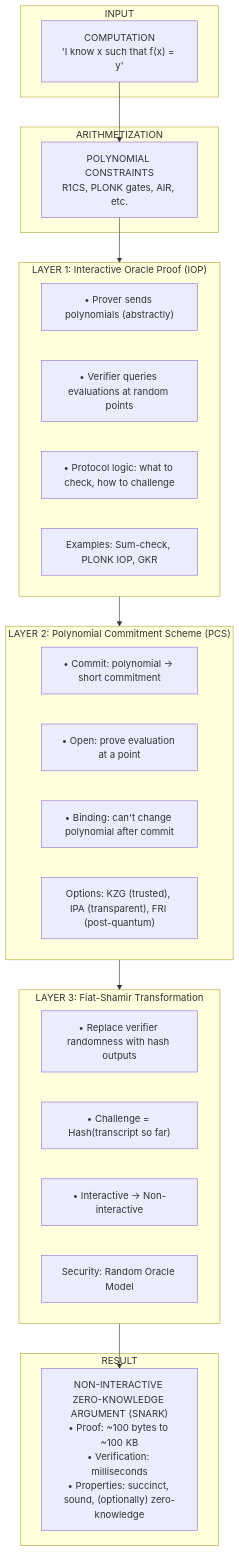
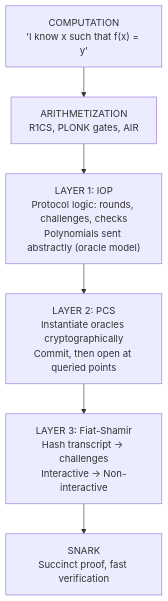
The diagram in web/src/11-the-snark-recipe.md (0xParti/MinimizingTrust), drawn with Mermaid before and after one commit. The commit also changed other lines of this file and 6 other files, not shown here.

````diff
--- a/web/src/11-the-snark-recipe.md
+++ b/web/src/11-the-snark-recipe.md
@@ -17,41 +21,15 @@
 ```mermaid
 flowchart TB
-    subgraph input["INPUT"]
-        COMP["COMPUTATION<br/>'I know x such that f(x) = y'"]
-    end
+    COMP["COMPUTATION<br/>'I know x such that f(x) = y'"]
+    ARITH["ARITHMETIZATION<br/>R1CS, PLONK gates, AIR"]
 
-    subgraph arith["ARITHMETIZATION"]
-        POLY["POLYNOMIAL CONSTRAINTS<br/>R1CS, PLONK gates, AIR, etc."]
-    end
+    IOP["LAYER 1: IOP<br/>Protocol logic: rounds, challenges, checks<br/>Polynomials sent abstractly (oracle model)"]
 
-    subgraph layer1["LAYER 1: Interactive Oracle Proof (IOP)"]
-        IOP1["• Prover sends polynomials (abstractly)"]
-        IOP2["• Verifier queries evaluations at random points"]
-        IOP3["• Protocol logic: what to check, how to challenge"]
-        IOP4["Examples: Sum-check, PLONK IOP, GKR"]
-    end
+    PCS["LAYER 2: PCS<br/>Instantiate oracles cryptographically<br/>Commit, then open at queried points"]
 
-    subgraph layer2["LAYER 2: Polynomial Commitment Scheme (PCS)"]
-        PCS1["• Commit: polynomial → short commitment"]
-        PCS2["• Open: prove evaluation at a point"]
-        PCS3["• Binding: can't change polynomial after commit"]
-        PCS4["Options: KZG (trusted), IPA (transparent), FRI (post-quantum)"]
-    end
+    FS["LAYER 3: Fiat-Shamir<br/>Hash transcript → challenges<br/>Interactive → Non-interactive"]
 
-    subgraph layer3["LAYER 3: Fiat-Shamir Transformation"]
-        FS1["• Replace verifier randomness with hash outputs"]
-        FS2["• Challenge = Hash(transcript so far)"]
-        FS3["• Interactive → Non-interactive"]
-        FS4["Security: Random Oracle Model"]
-    end
+    SNARK["SNARK<br/>Succinct proof, fast verification"]
 
-    subgraph output["RESULT"]
-        SNARK["NON-INTERACTIVE ZERO-KNOWLEDGE ARGUMENT (SNARK)<br/>• Proof: ~100 bytes to ~100 KB<br/>• Verification: milliseconds<br/>• Properties: succinct, sound, (optionally) zero-knowledge"]
-    end
-
-    COMP --> POLY
-    POLY --> layer1
-    layer1 --> layer2
-    layer2 --> layer3
-    layer3 --> SNARK
+    COMP --> ARITH --> IOP --> PCS --> FS --> SNARK
 ```
````
